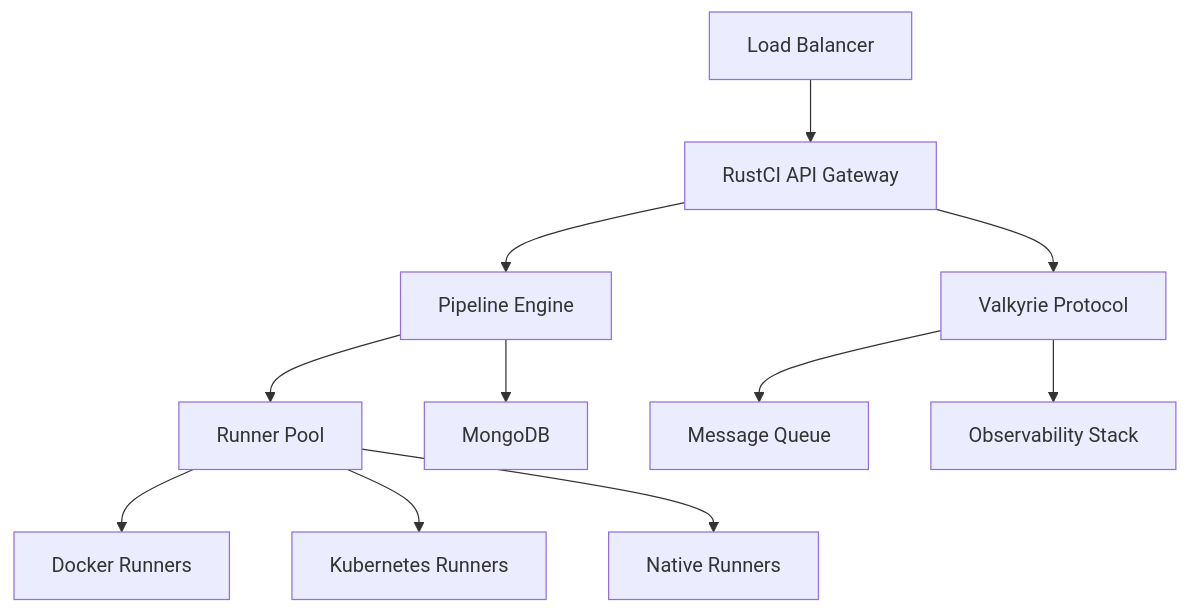
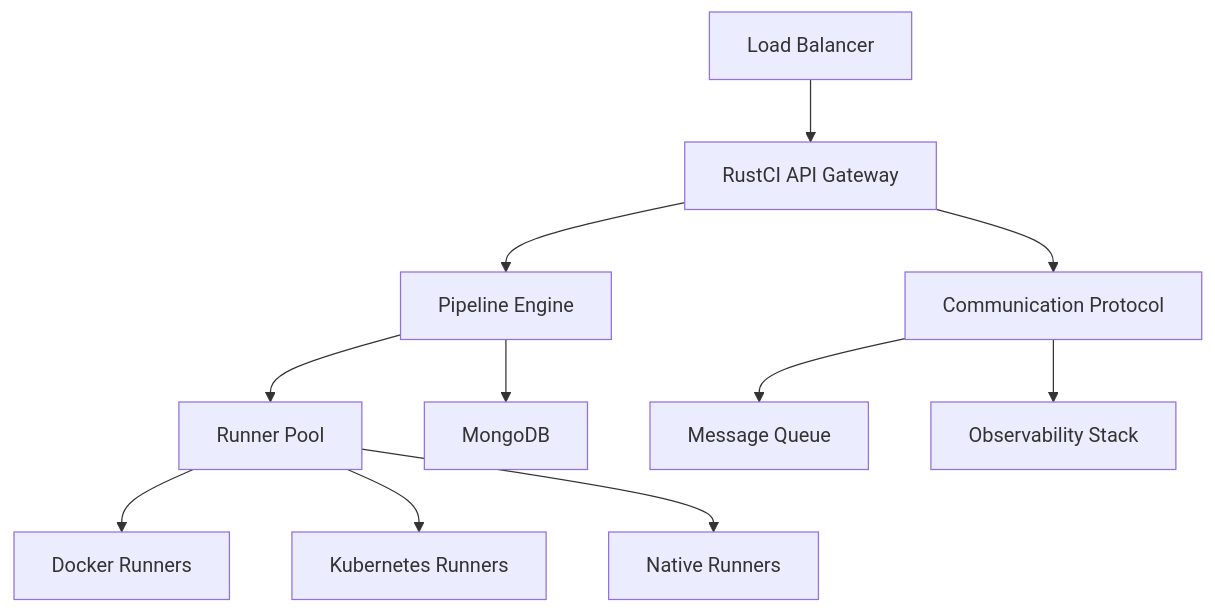
One commit to RitabrataRoychowdhury/RustCI changed the diagram in docs/devops/README.md. Above: the diagram before and after it, drawn with Mermaid. The commit also changed other lines of this file and 182 other files, not shown here.

````diff
--- a/docs/devops/README.md
+++ b/docs/devops/README.md
@@ -40,13 +40,13 @@
 ```mermaid
 graph TB
     A[Load Balancer] --> B[RustCI API Gateway]
     B --> C[Pipeline Engine]
-    B --> D[Valkyrie Protocol]
+    B --> D[Communication Protocol]
     C --> E[Runner Pool]
     D --> F[Message Queue]
     E --> G[Docker Runners]
     E --> H[Kubernetes Runners]
     E --> I[Native Runners]
     C --> J[MongoDB]
     D --> K[Observability Stack]
 ```
````
